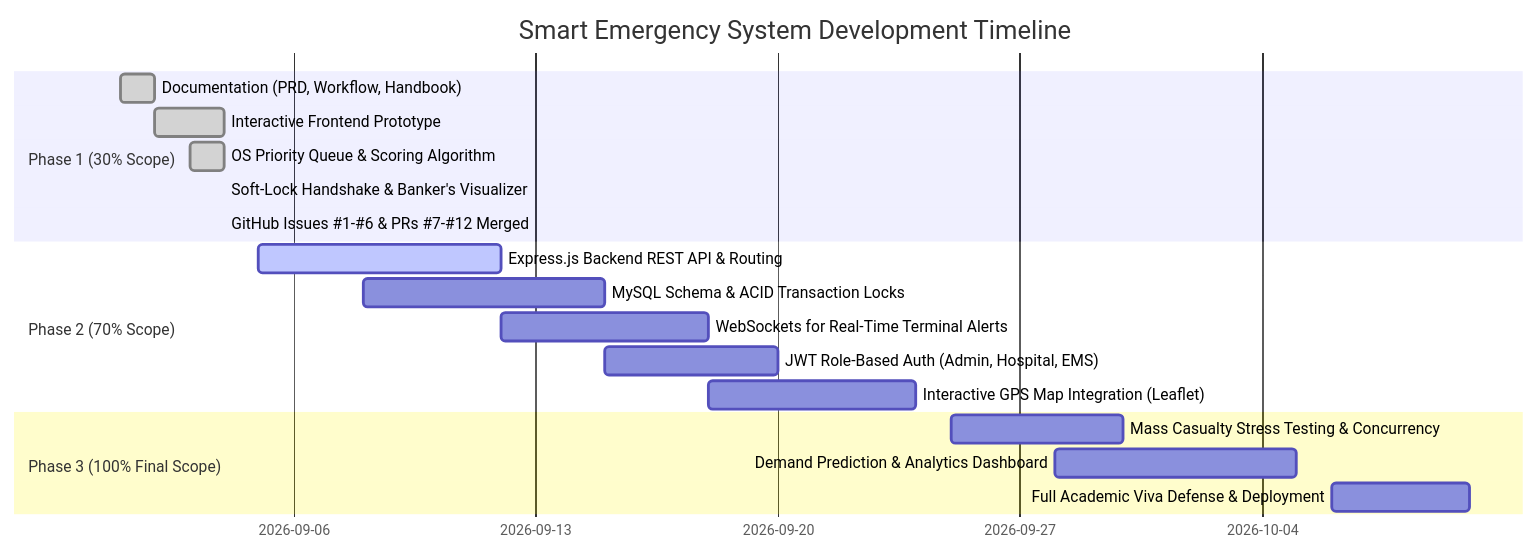
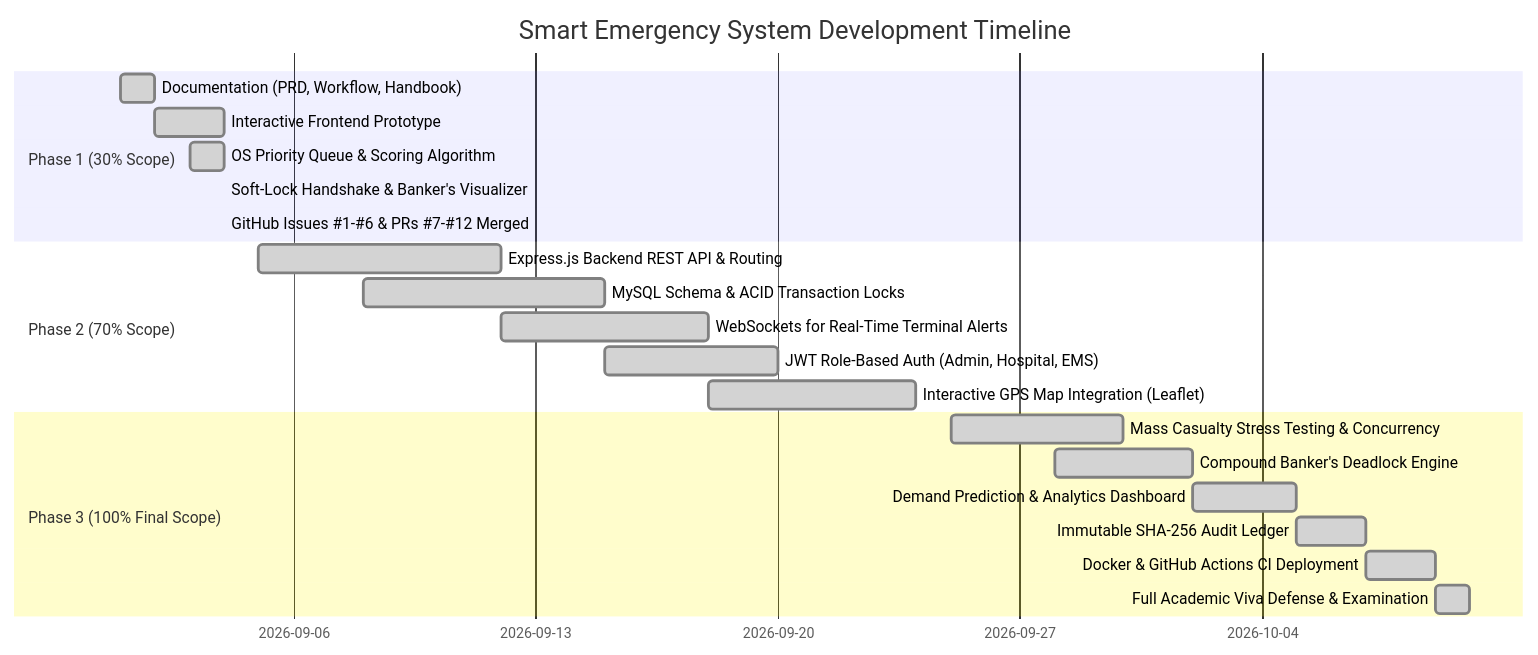
Before and after one commit to aviralmittal7150/SMART-EMERGENCY-RESOURCE-ALLOCATION-HOSPITAL-REFERRAL-SYSTEM: the diagram in PROJECT_ROADMAP.md, drawn with Mermaid. The commit also changed other lines of this file and 19 other files, not shown here.

````diff
--- a/PROJECT_ROADMAP.md
+++ b/PROJECT_ROADMAP.md
@@ -10,23 +10,26 @@
 ```mermaid
 gantt
     title Smart Emergency System Development Timeline
     dateFormat  YYYY-MM-DD
     section Phase 1 (30% Scope)
     Documentation (PRD, Workflow, Handbook) :done, p1_1, 2026-09-01, 2026-09-02
     Interactive Frontend Prototype           :done, p1_2, 2026-09-02, 2026-09-04
     OS Priority Queue & Scoring Algorithm    :done, p1_3, 2026-09-03, 2026-09-04
     Soft-Lock Handshake & Banker's Visualizer:done, p1_4, 2026-09-04, 2026-09-04
     GitHub Issues #1-#6 & PRs #7-#12 Merged  :done, p1_5, 2026-09-04, 2026-09-04
 
     section Phase 2 (70% Scope)
-    Express.js Backend REST API & Routing    :active, p2_1, 2026-09-05, 2026-09-12
-    MySQL Schema & ACID Transaction Locks    :p2_2, 2026-09-08, 2026-09-15
-    WebSockets for Real-Time Terminal Alerts :p2_3, 2026-09-12, 2026-09-18
-    JWT Role-Based Auth (Admin, Hospital, EMS):p2_4, 2026-09-15, 2026-09-20
-    Interactive GPS Map Integration (Leaflet):p2_5, 2026-09-18, 2026-09-24
+    Express.js Backend REST API & Routing    :done, p2_1, 2026-09-05, 2026-09-12
+    MySQL Schema & ACID Transaction Locks    :done, p2_2, 2026-09-08, 2026-09-15
+    WebSockets for Real-Time Terminal Alerts :done, p2_3, 2026-09-12, 2026-09-18
+    JWT Role-Based Auth (Admin, Hospital, EMS):done, p2_4, 2026-09-15, 2026-09-20
+    Interactive GPS Map Integration (Leaflet):done, p2_5, 2026-09-18, 2026-09-24
 
     section Phase 3 (100% Final Scope)
-    Mass Casualty Stress Testing & Concurrency:p3_1, 2026-09-25, 2026-09-30
-    Demand Prediction & Analytics Dashboard  :p3_2, 2026-09-28, 2026-10-05
-    Full Academic Viva Defense & Deployment   :p3_3, 2026-10-06, 2026-10-10
+    Mass Casualty Stress Testing & Concurrency:done, p3_1, 2026-09-25, 2026-09-30
+    Compound Banker's Deadlock Engine        :done, p3_2, 2026-09-28, 2026-10-02
+    Demand Prediction & Analytics Dashboard  :done, p3_3, 2026-10-02, 2026-10-05
+    Immutable SHA-256 Audit Ledger           :done, p3_4, 2026-10-05, 2026-10-07
+    Docker & GitHub Actions CI Deployment    :done, p3_5, 2026-10-07, 2026-10-09
+    Full Academic Viva Defense & Examination :done, p3_6, 2026-10-09, 2026-10-10
 ```
````
